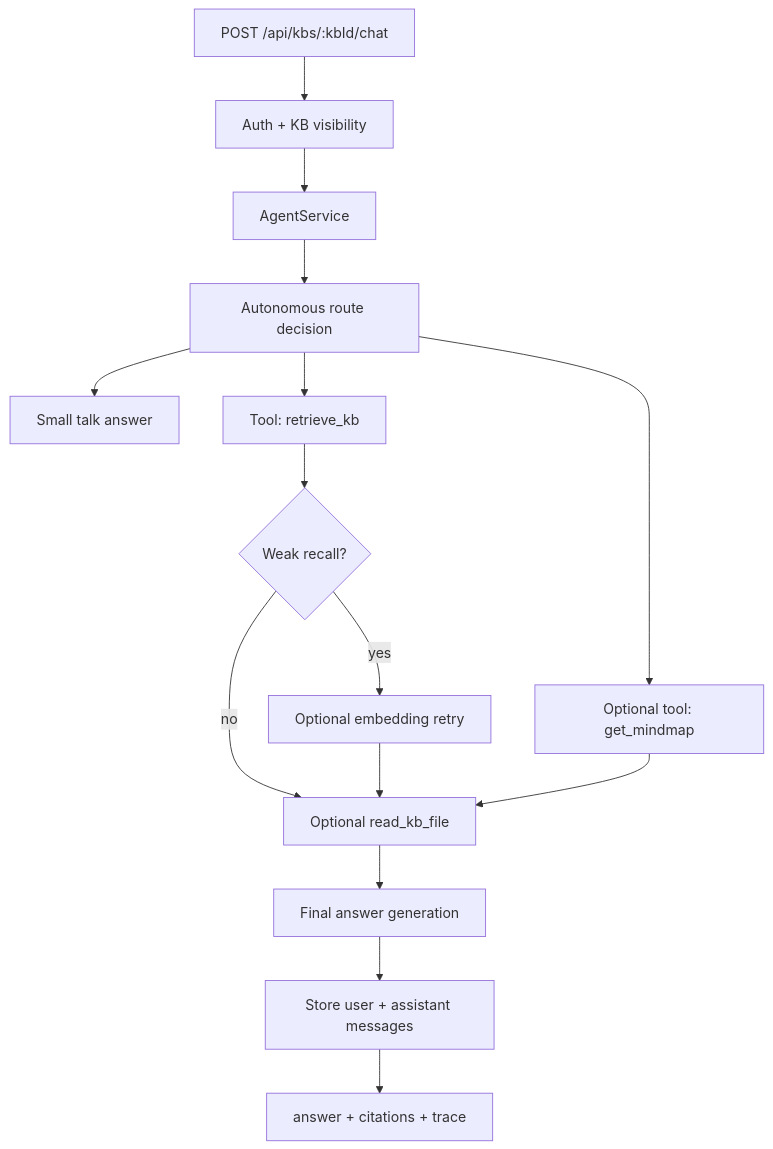
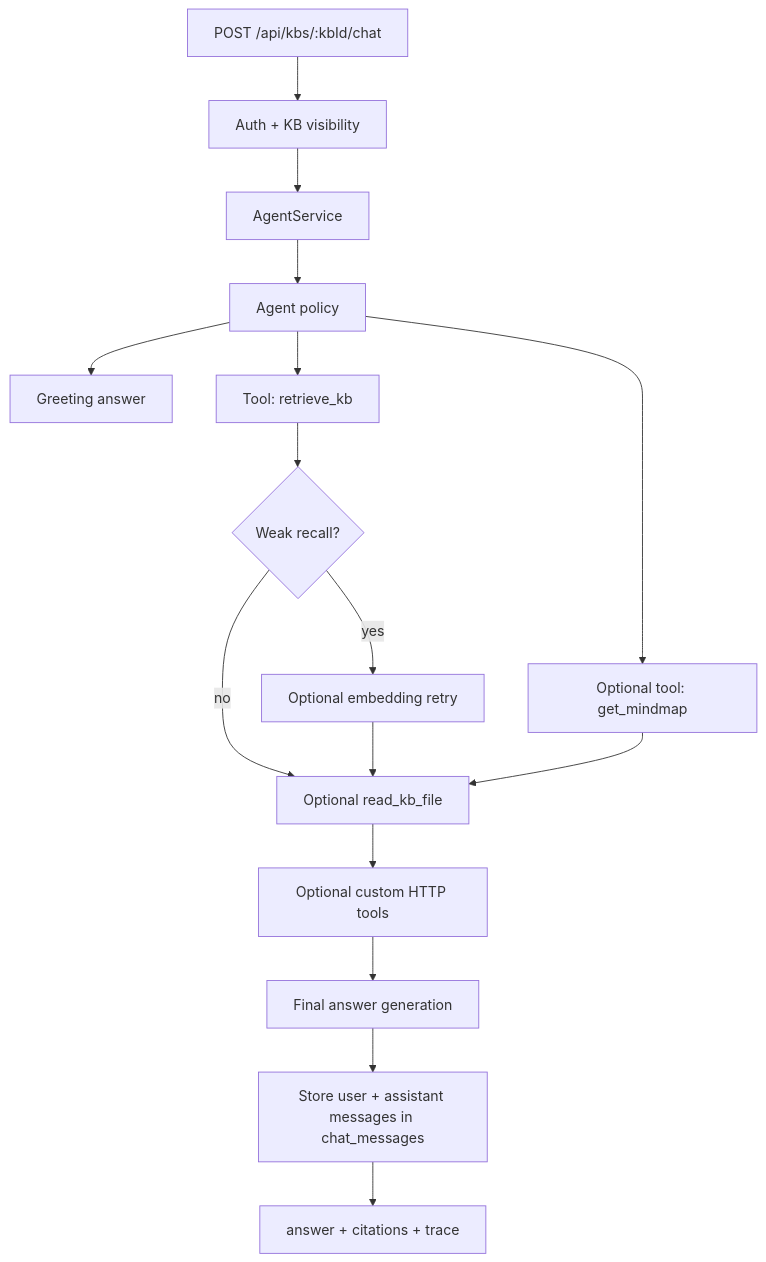
Before and after one commit to lshy0000/llm_wiki: the diagram in docs/plans/yuxi-style-agent-chat-architecture.md, drawn with Mermaid. The commit also changed other lines of this file and 12 other files, not shown here.

First line of the commit message:
补齐 Agent 主路径与图召回文档

````diff
--- a/docs/plans/yuxi-style-agent-chat-architecture.md
+++ b/docs/plans/yuxi-style-agent-chat-architecture.md
@@ -27,17 +56,18 @@
 ```mermaid
 flowchart TD
   Chat["POST /api/kbs/:kbId/chat"] --> Auth["Auth + KB visibility"]
   Auth --> Agent["AgentService"]
-  Agent --> Decide["Autonomous route decision"]
-  Decide --> Greeting["Small talk answer"]
-  Decide --> Recall["Tool: retrieve_kb"]
-  Decide --> Mindmap["Optional tool: get_mindmap"]
+  Agent --> Policy["Agent policy"]
+  Policy --> Greeting["Greeting answer"]
+  Policy --> Recall["Tool: retrieve_kb"]
+  Policy --> Mindmap["Optional tool: get_mindmap"]
   Recall --> Weak{"Weak recall?"}
   Weak -->|"yes"| Vector["Optional embedding retry"]
   Weak -->|"no"| Evidence
   Vector --> Evidence["Optional read_kb_file"]
   Mindmap --> Evidence
-  Evidence --> LLM["Final answer generation"]
-  LLM --> Persist["Store user + assistant messages"]
+  Evidence --> Custom["Optional custom HTTP tools"]
+  Custom --> LLM["Final answer generation"]
+  LLM --> Persist["Store user + assistant messages in chat_messages"]
   Persist --> Response["answer + citations + trace"]
 ```
````
